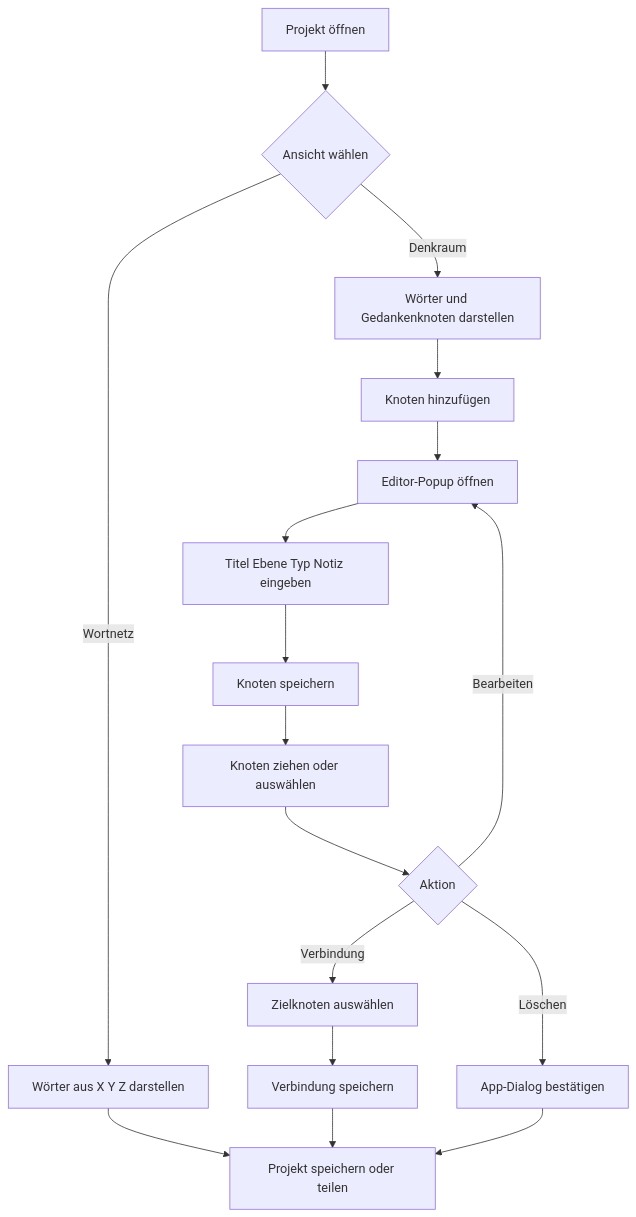
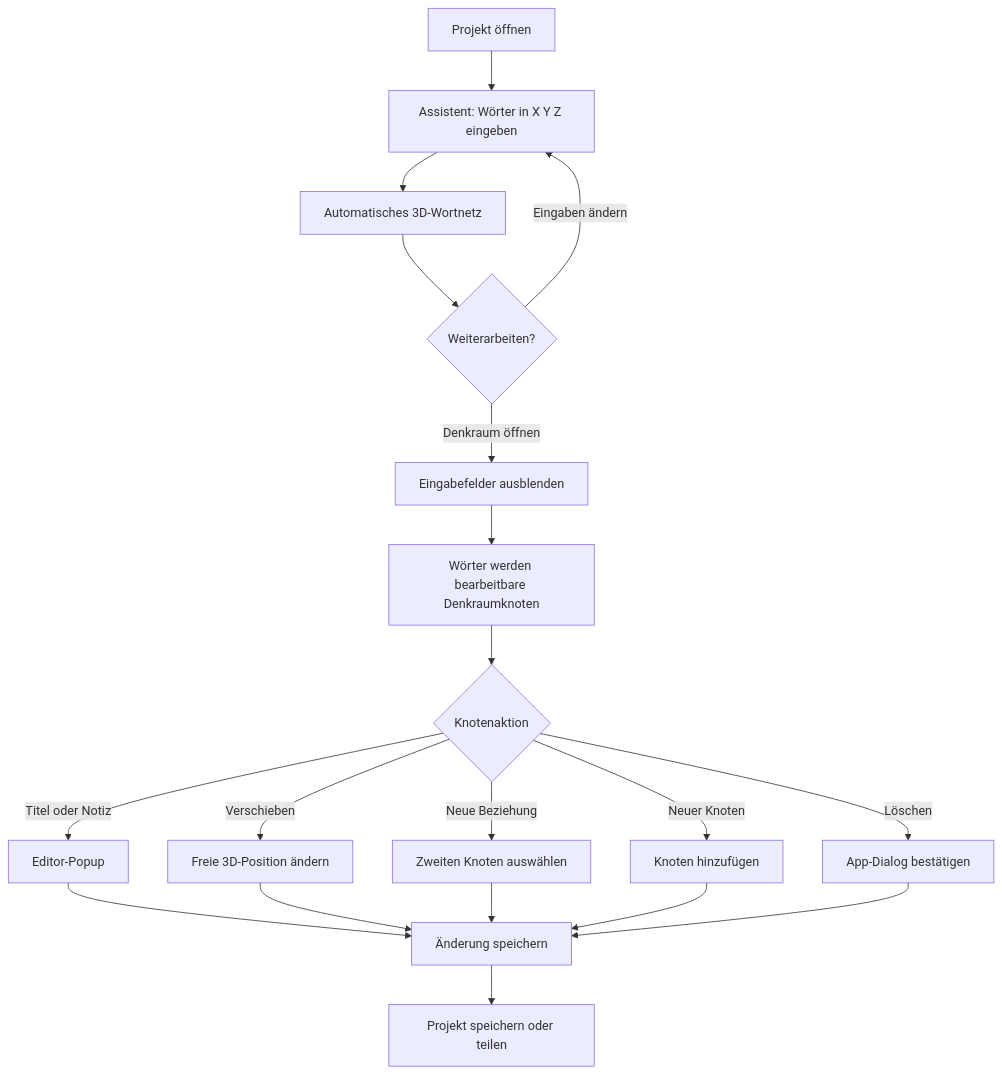
The first of 2 diagrams in PROJEKTAUSBAU.md (marsrakete/wortgeflecht), drawn with Mermaid before and after one commit. The commit also changed other lines of this file and 7 other files, not shown here.

````diff
--- a/PROJEKTAUSBAU.md
+++ b/PROJEKTAUSBAU.md
@@ -67,19 +79,21 @@
 ```mermaid
 flowchart TD
-    A[Projekt öffnen] --> B{Ansicht wählen}
-    B -->|Wortnetz| C[Wörter aus X Y Z darstellen]
-    B -->|Denkraum| D[Wörter und Gedankenknoten darstellen]
-    D --> E[Knoten hinzufügen]
-    E --> F[Editor-Popup öffnen]
-    F --> G[Titel Ebene Typ Notiz eingeben]
-    G --> H[Knoten speichern]
-    H --> I[Knoten ziehen oder auswählen]
-    I --> J{Aktion}
-    J -->|Bearbeiten| F
-    J -->|Verbindung| K[Zielknoten auswählen]
-    K --> L[Verbindung speichern]
-    J -->|Löschen| M[App-Dialog bestätigen]
-    C --> N[Projekt speichern oder teilen]
-    L --> N
-    M --> N
+    A[Projekt öffnen] --> B[Assistent: Wörter in X Y Z eingeben]
+    B --> C[Automatisches 3D-Wortnetz]
+    C --> D{Weiterarbeiten?}
+    D -->|Eingaben ändern| B
+    D -->|Denkraum öffnen| E[Eingabefelder ausblenden]
+    E --> F[Wörter werden bearbeitbare Denkraumknoten]
+    F --> G{Knotenaktion}
+    G -->|Titel oder Notiz| H[Editor-Popup]
+    G -->|Verschieben| I[Freie 3D-Position ändern]
+    G -->|Neue Beziehung| J[Zweiten Knoten auswählen]
+    G -->|Neuer Knoten| K[Knoten hinzufügen]
+    G -->|Löschen| L[App-Dialog bestätigen]
+    H --> M[Änderung speichern]
+    I --> M
+    J --> M
+    K --> M
+    L --> M
+    M --> N[Projekt speichern oder teilen]
 ```
````
